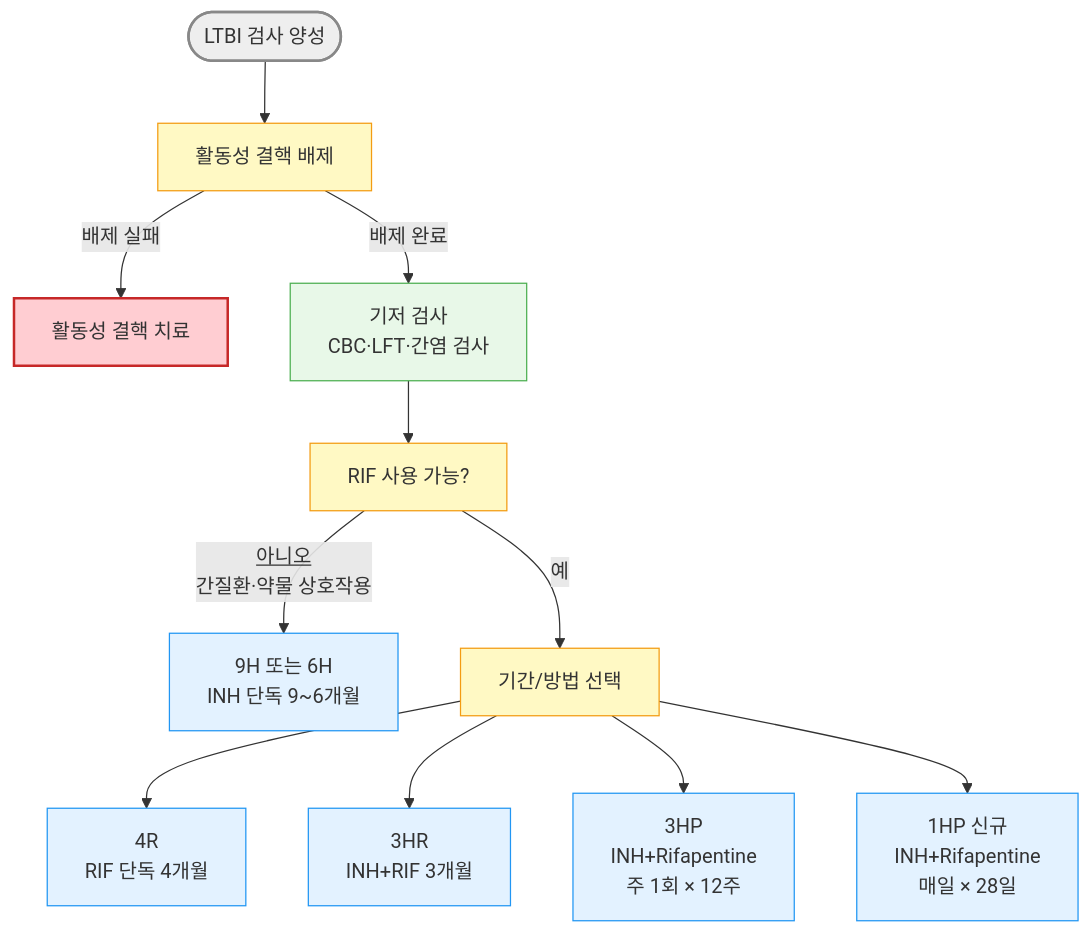
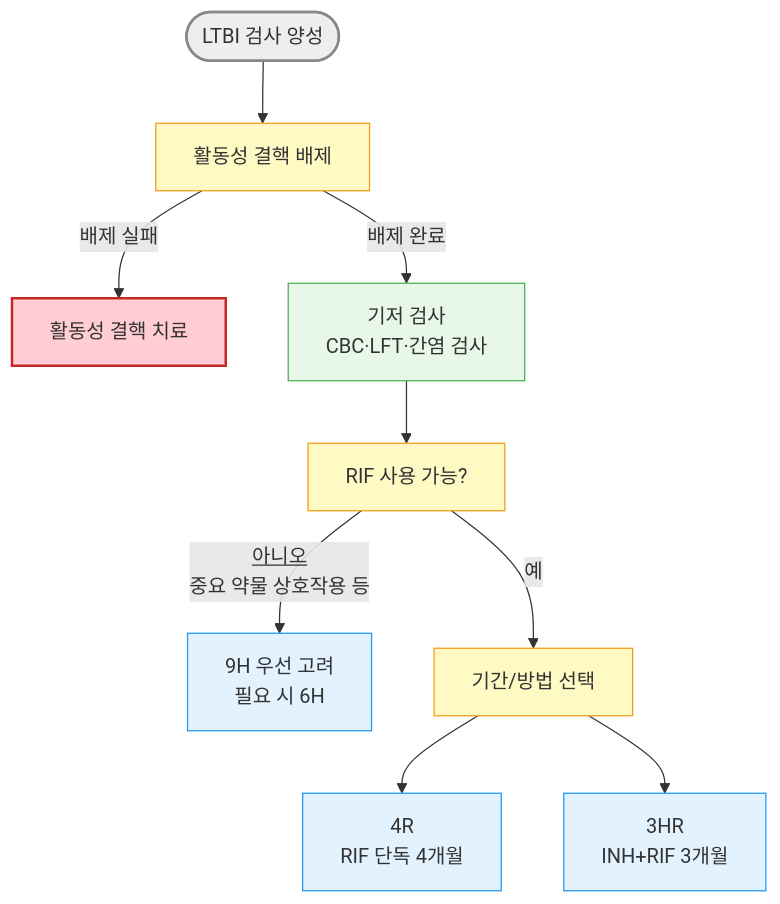
The fourth of 4 diagrams in 223_/070_-tuberculosis.md (familyoh77/familyoh77), drawn with Mermaid before and after one commit. The commit also changed other lines of this file and 7 other files, not shown here.

````diff
--- a/223_/070_-tuberculosis.md
+++ b/223_/070_-tuberculosis.md
@@ -480,21 +476,19 @@
 ```mermaid
 graph TD
     A([LTBI 검사 양성]) --> B[활동성 결핵 배제]
     B -->|배제 실패| C[활동성 결핵 치료]
     B -->|배제 완료| D["기저 검사<br/>CBC·LFT·간염 검사"]
     D --> E[RIF 사용 가능?]
-    E -->|<u>아니오</u><br/>간질환·약물 상호작용| F["9H 또는 6H<br/>INH 단독 9~6개월"]
+    E -->|<u>아니오</u><br/>중요 약물 상호작용 등| F["9H 우선 고려<br/>필요 시 6H"]
     E -->|예| G[기간/방법 선택]
     G --> H["4R<br/>RIF 단독 4개월"]
     G --> I["3HR<br/>INH+RIF 3개월"]
-    G --> J["3HP<br/>INH+Rifapentine<br/>주 1회 × 12주"]
-    G --> K["1HP 신규 <br/>INH+Rifapentine<br/>매일 × 28일"]
 
     style A fill:#eeeeee,stroke:#888888,stroke-width:2px
     style D fill:#e8f8e8,stroke:#4caf50
     style C fill:#ffcdd2,stroke:#c62828,stroke-width:2px
 classDef yellow fill:#fff9c4,stroke:#f39c12
 class B,E,G yellow
 classDef sky fill:#e3f2ff,stroke:#2196f3
-class H,I,J,K,F sky
+class H,I,F sky
 ```
````
